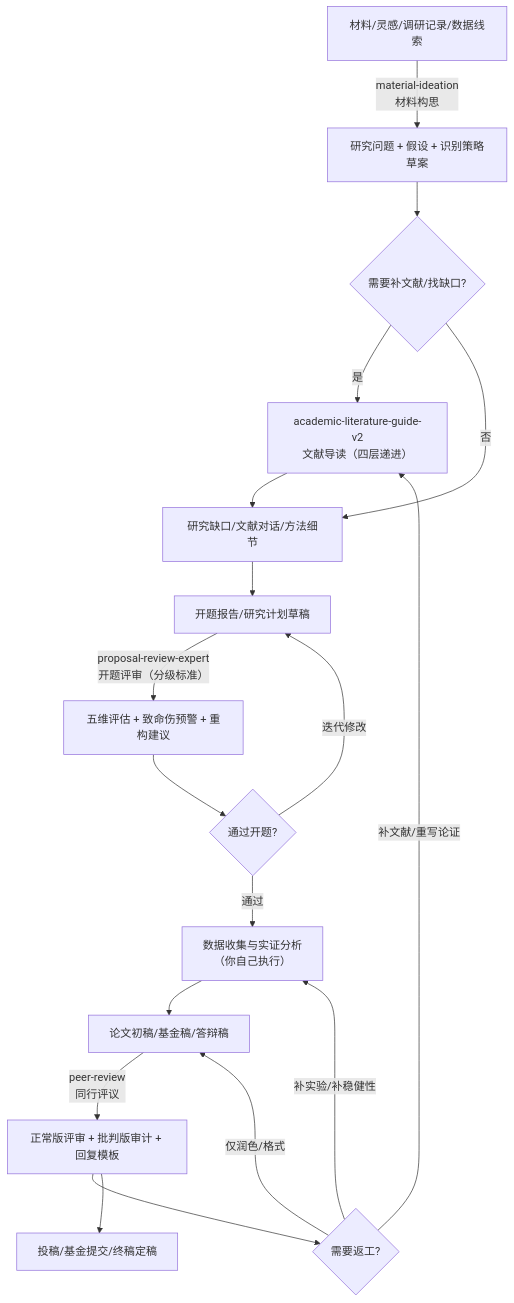
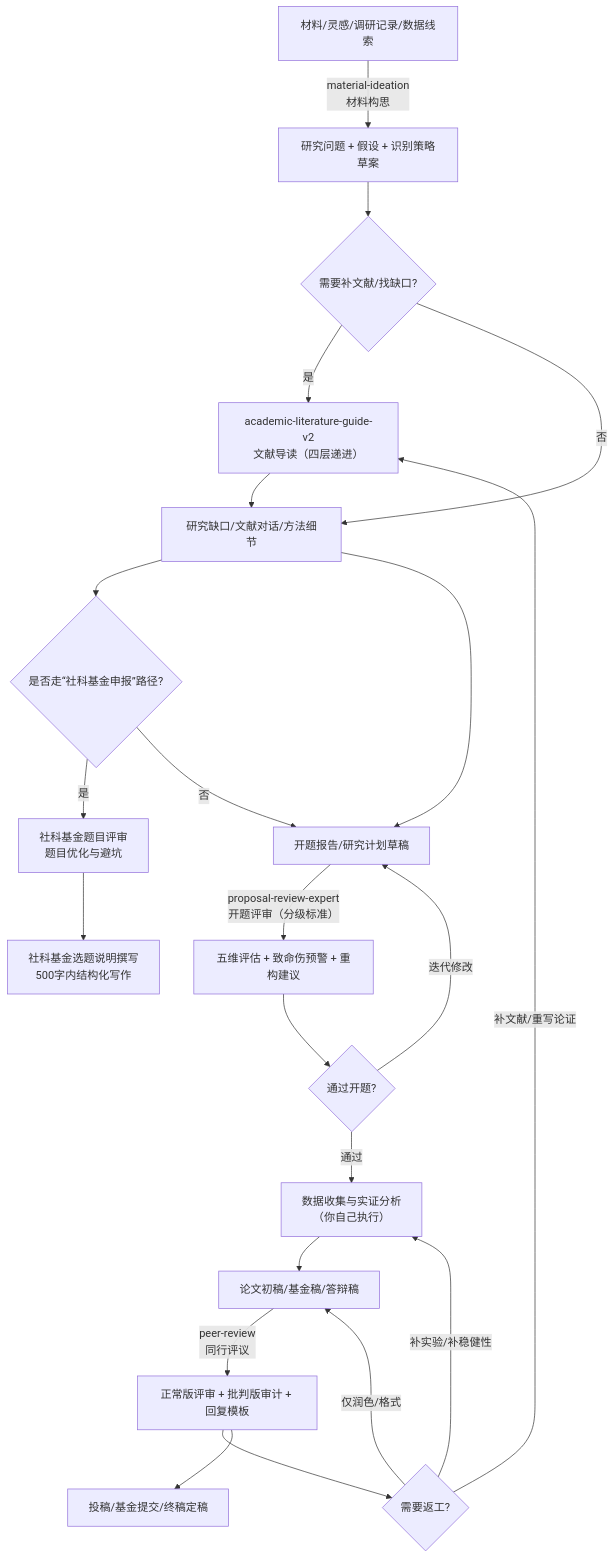
The diagram in README.md (jefeerzhang/myskill), drawn with Mermaid before and after one commit. The commit also changed other lines of this file and 10 other files, not shown here.

````diff
--- a/README.md
+++ b/README.md
@@ -25,24 +27,29 @@
 ```mermaid
 flowchart TD
   A[材料/灵感/调研记录/数据线索] -->|material-ideation\n材料构思| B[研究问题 + 假设 + 识别策略草案]
 
   B --> C{需要补文献/找缺口?}
   C -->|是| D[academic-literature-guide-v2\n文献导读（四层递进）]
   D --> E[研究缺口/文献对话/方法细节]
   C -->|否| E
+
+  E --> S{是否走“社科基金申报”路径?}
+  S -->|是| T[社科基金题目评审\n题目优化与避坑]
+  T --> U[社科基金选题说明撰写\n500字内结构化写作]
+  S -->|否| F
 
   E --> F[开题报告/研究计划草稿]
   F -->|proposal-review-expert\n开题评审（分级标准）| G[五维评估 + 致命伤预警 + 重构建议]
   G --> H{通过开题?}
   H -->|迭代修改| F
   H -->|通过| I[数据收集与实证分析\n（你自己执行）]
 
   I --> J[论文初稿/基金稿/答辩稿]
   J -->|peer-review\n同行评议| K[正常版评审 + 批判版审计 + 回复模板]
   K --> L{需要返工?}
   L -->|补实验/补稳健性| I
   L -->|补文献/重写论证| D
   L -->|仅润色/格式| J
 
   K --> M[投稿/基金提交/终稿定稿]
 ```
````
